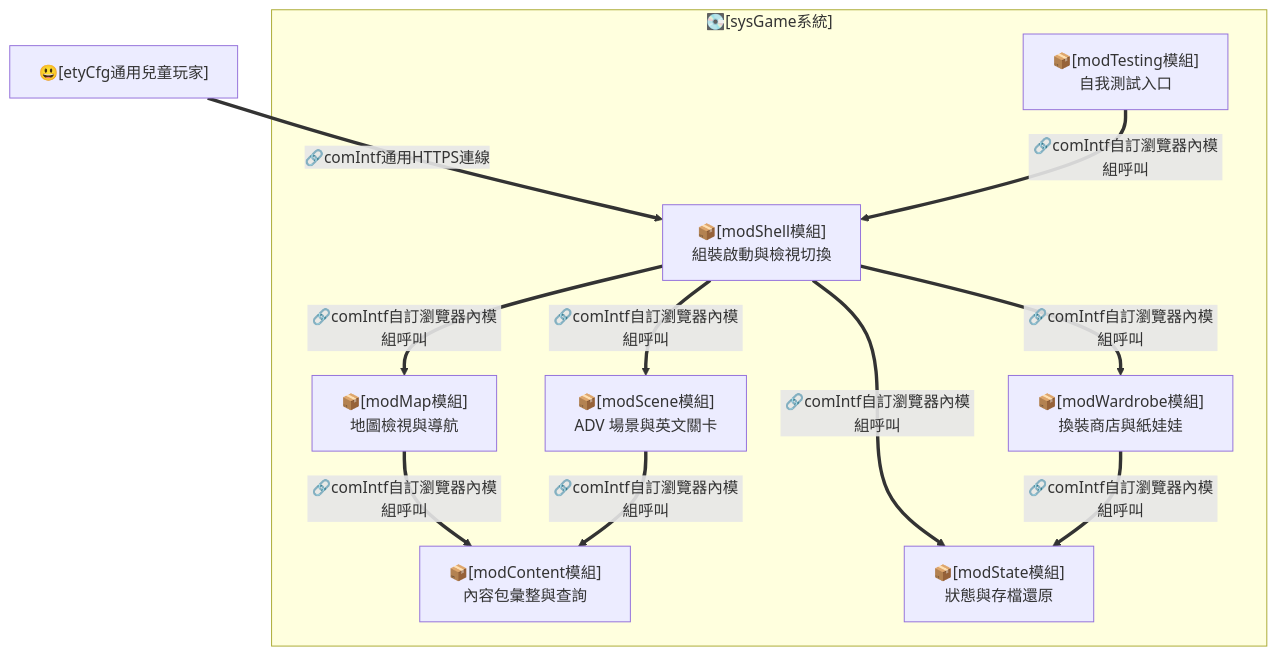
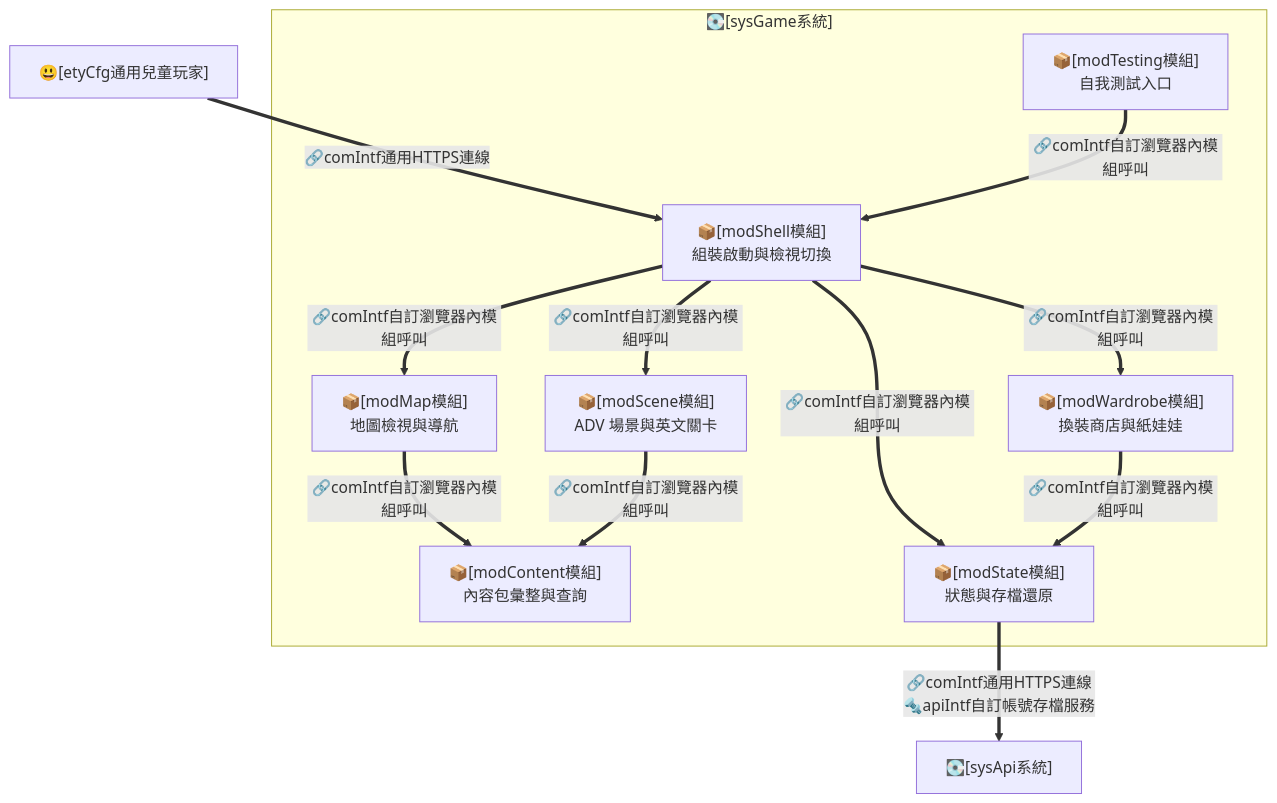
One commit to twStellerWhale-Ocean2/solKidGalGame1 changed the third of 11 diagrams in docs/design.md. Above: the diagram before and after it, drawn with Mermaid. The commit also changed other lines of this file and 59 other files, not shown here.

````diff
--- a/docs/design.md
+++ b/docs/design.md
@@ -184,25 +204,28 @@
 ```mermaid
 flowchart TB
 
 USR["😃[etyCfg通用兒童玩家]"]
 
 subgraph SYS["💽[sysGame系統]"]
   SHELL["📦[modShell模組]<br/>組裝啟動與檢視切換"]
   CONTENT["📦[modContent模組]<br/>內容包彙整與查詢"]
   STATE["📦[modState模組]<br/>狀態與存檔還原"]
   MAP["📦[modMap模組]<br/>地圖檢視與導航"]
   SCENE["📦[modScene模組]<br/>ADV 場景與英文關卡"]
   WARDROBE["📦[modWardrobe模組]<br/>換裝商店與紙娃娃"]
   TESTING["📦[modTesting模組]<br/>自我測試入口"]
 end
 
+API["💽[sysApi系統]"]
+
 USR ==>|"🔗comIntf通用HTTPS連線"| SHELL
 SHELL ==>|"🔗comIntf自訂瀏覽器內模組呼叫"| MAP
 SHELL ==>|"🔗comIntf自訂瀏覽器內模組呼叫"| SCENE
 SHELL ==>|"🔗comIntf自訂瀏覽器內模組呼叫"| WARDROBE
 SHELL ==>|"🔗comIntf自訂瀏覽器內模組呼叫"| STATE
 MAP ==>|"🔗comIntf自訂瀏覽器內模組呼叫"| CONTENT
 SCENE ==>|"🔗comIntf自訂瀏覽器內模組呼叫"| CONTENT
 WARDROBE ==>|"🔗comIntf自訂瀏覽器內模組呼叫"| STATE
 TESTING ==>|"🔗comIntf自訂瀏覽器內模組呼叫"| SHELL
+STATE ==>|"🔗comIntf通用HTTPS連線<br/>🔩apiIntf自訂帳號存檔服務"| API
 ```
````
